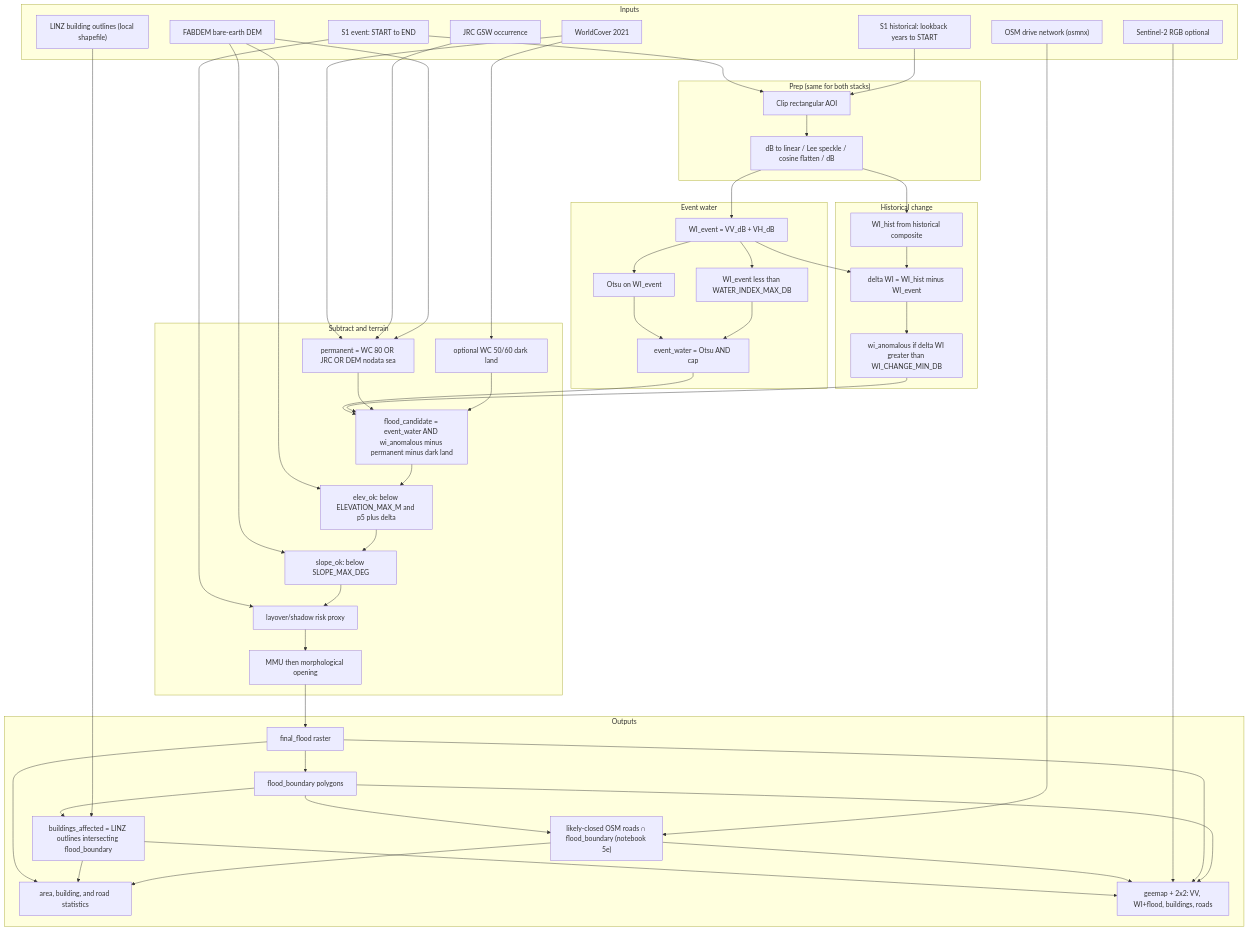
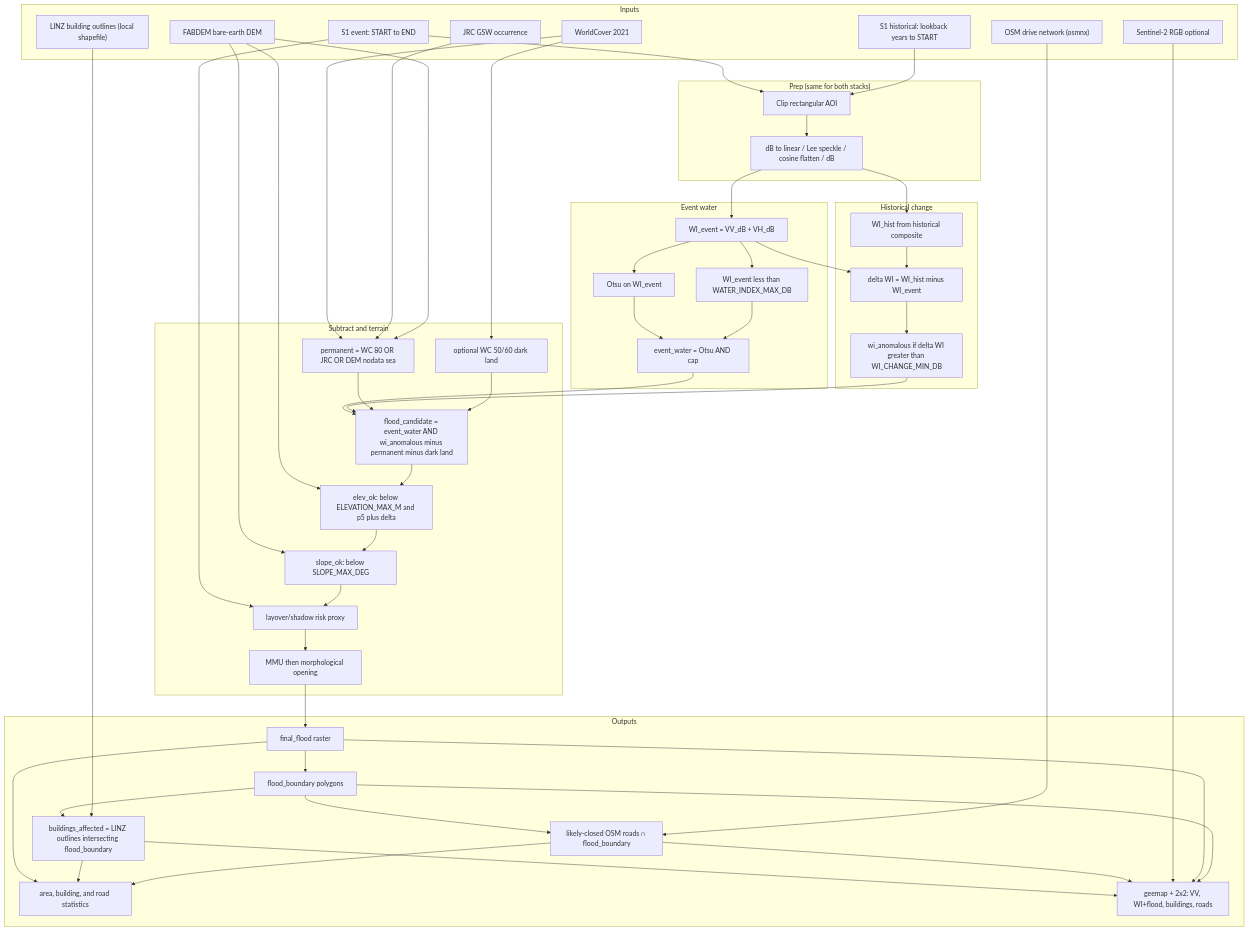
One commit to uoa-gis/GIS changed the diagram in README.md. Above: the diagram before and after it, drawn with Mermaid. The commit also changed other lines of this file and 27 other files, not shown here.

````diff
--- a/README.md
+++ b/README.md
@@ -143,79 +144,79 @@
 ```mermaid
 flowchart TD
   subgraph IN["Inputs"]
     S1E["S1 event: START to END"]
     S1H["S1 historical: lookback years to START"]
     DEM["FABDEM bare-earth DEM"]
     WC["WorldCover 2021"]
     JRC["JRC GSW occurrence"]
     S2["Sentinel-2 RGB optional"]
     LINZ["LINZ building outlines (local shapefile)"]
     OSM["OSM drive network (osmnx)"]
   end
   subgraph PRE["Prep (same for both stacks)"]
     CLIP["Clip rectangular AOI"]
     LEE["dB to linear / Lee speckle / cosine flatten / dB"]
   end
   subgraph WTR["Event water"]
     WI["WI_event = VV_dB + VH_dB"]
     OTSU["Otsu on WI_event"]
     CAP["WI_event less than WATER_INDEX_MAX_DB"]
     EW["event_water = Otsu AND cap"]
   end
   subgraph CHG["Historical change"]
     WIH["WI_hist from historical composite"]
     DLT["delta WI = WI_hist minus WI_event"]
     ANO["wi_anomalous if delta WI greater than WI_CHANGE_MIN_DB"]
   end
   subgraph MASK["Subtract and terrain"]
     PERM["permanent = WC 80 OR JRC OR DEM nodata sea"]
     DARK["optional WC 50/60 dark land"]
     CAND["flood_candidate = event_water AND wi_anomalous minus permanent minus dark land"]
     ELEV["elev_ok: below ELEVATION_MAX_M and p5 plus delta"]
     SLP["slope_ok: below SLOPE_MAX_DEG"]
     LAY["layover/shadow risk proxy"]
     MMU["MMU then morphological opening"]
   end
   subgraph OUT["Outputs"]
     FF["final_flood raster"]
     POLY["flood_boundary polygons"]
     BLD["buildings_affected = LINZ outlines intersecting flood_boundary"]
-    RD["likely-closed OSM roads ∩ flood_boundary (notebook 5e)"]
+    RD["likely-closed OSM roads ∩ flood_boundary"]
     STAT["area, building, and road statistics"]
     MAP["geemap + 2x2: VV, WI+flood, buildings, roads"]
   end
   S1E --> CLIP
   S1H --> CLIP
   CLIP --> LEE
   LEE --> WI
   LEE --> WIH
   WI --> OTSU --> EW
   WI --> CAP --> EW
   WIH --> DLT
   WI --> DLT --> ANO
   WC --> PERM
   JRC --> PERM
   DEM --> PERM
   WC --> DARK
   EW --> CAND
   ANO --> CAND
   PERM --> CAND
   DARK --> CAND
   DEM --> ELEV
   DEM --> SLP
   S1E --> LAY
   CAND --> ELEV --> SLP --> LAY --> MMU --> FF
   FF --> POLY
   FF --> STAT
   POLY --> BLD
   LINZ --> BLD
   POLY --> RD
   OSM --> RD
   BLD --> STAT
   RD --> STAT
   BLD --> MAP
   RD --> MAP
   S2 --> MAP
   FF --> MAP
   POLY --> MAP
 ```
````
